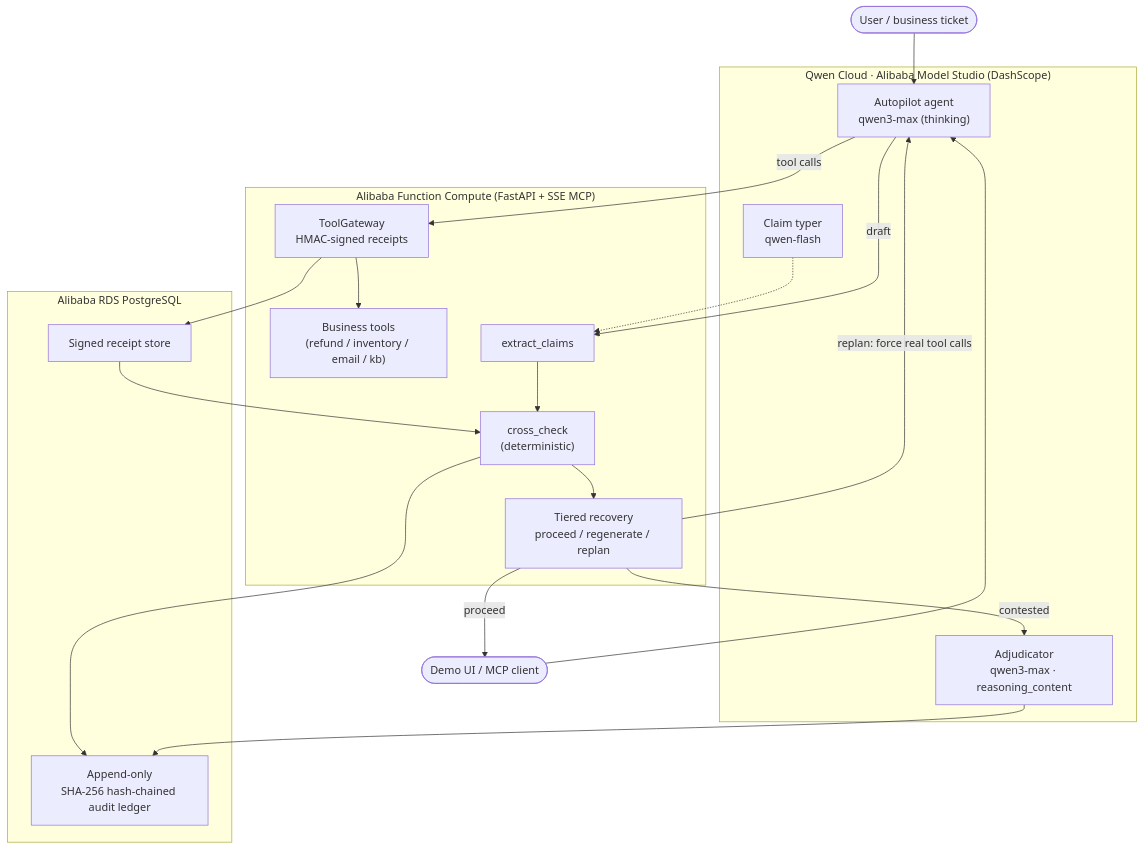
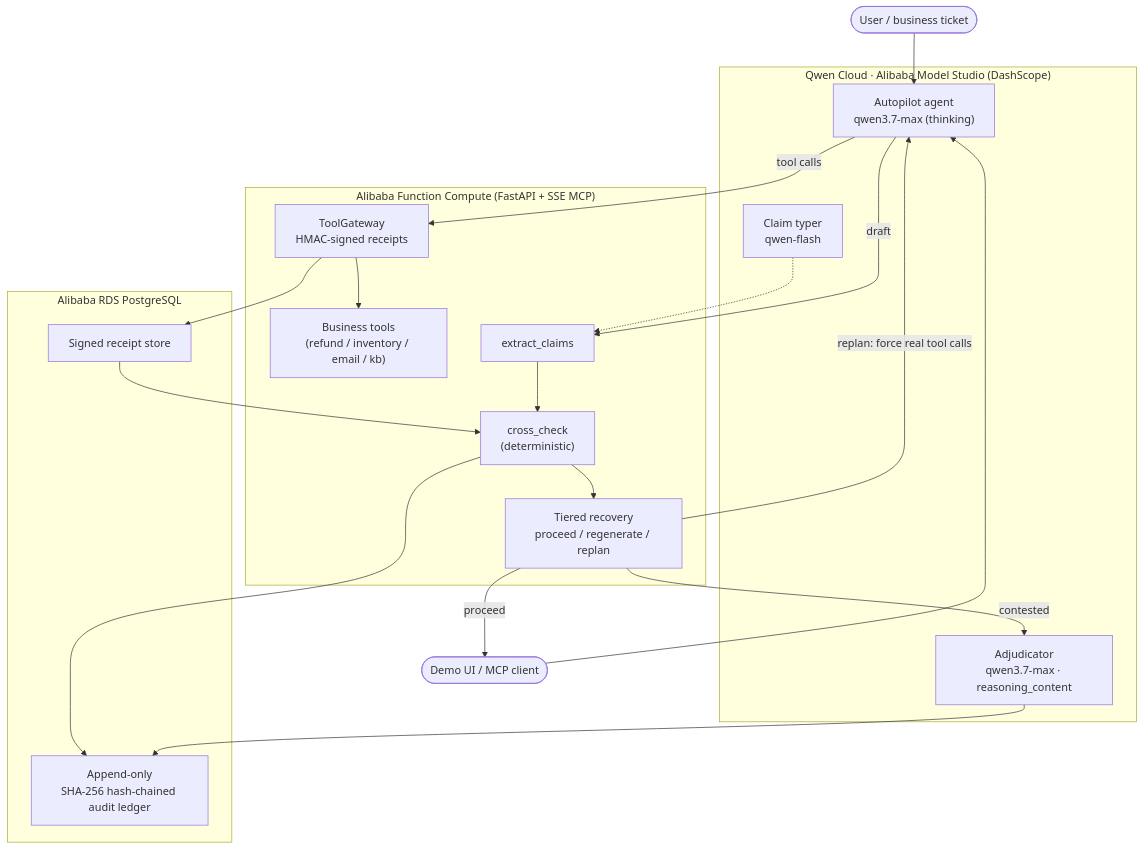
One commit to GHGuide/receiptguard changed the diagram in docs/architecture.md. Above: the diagram before and after it, drawn with Mermaid. The commit also changed other lines of this file and 11 other files, not shown here.

````diff
--- a/docs/architecture.md
+++ b/docs/architecture.md
@@ -3,36 +3,36 @@
 ```mermaid
 flowchart TB
     user([User / business ticket]) --> agent
 
     subgraph qwen["Qwen Cloud · Alibaba Model Studio (DashScope)"]
-        agent["Autopilot agent\nqwen3-max (thinking)"]
+        agent["Autopilot agent\nqwen3.7-max (thinking)"]
         worker["Claim typer\nqwen-flash"]
-        adj["Adjudicator\nqwen3-max · reasoning_content"]
+        adj["Adjudicator\nqwen3.7-max · reasoning_content"]
     end
 
     subgraph fc["Alibaba Function Compute (FastAPI + SSE MCP)"]
         gw["ToolGateway\nHMAC-signed receipts"]
         tools["Business tools\n(refund / inventory / email / kb)"]
         extract["extract_claims"]
         verify["cross_check\n(deterministic)"]
         recover["Tiered recovery\nproceed / regenerate / replan"]
     end
 
     subgraph db["Alibaba RDS PostgreSQL"]
         ledger["Append-only\nSHA-256 hash-chained audit ledger"]
         receipts["Signed receipt store"]
     end
 
     ui([Demo UI / MCP client]) --> agent
     agent -->|tool calls| gw --> tools
     gw --> receipts
     agent -->|draft| extract
     worker -.-> extract
     extract --> verify
     receipts --> verify
     verify --> recover
     recover -->|contested| adj --> ledger
     recover -->|replan: force real tool calls| agent
     recover -->|proceed| ui
     verify --> ledger
 ```
````
